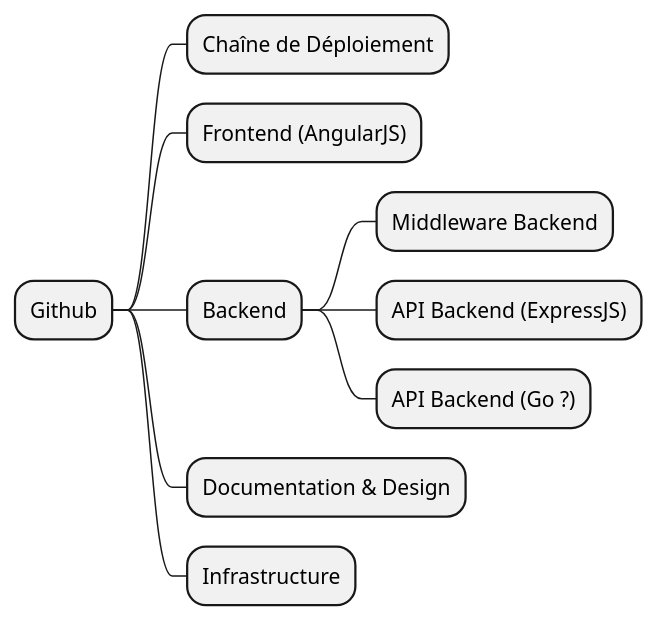
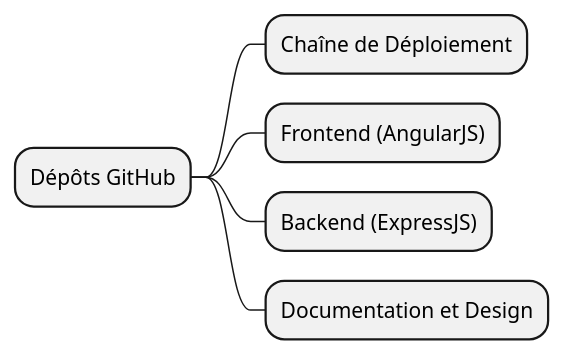
The diagram in diagrams/git_repos.puml (QuiZineDev/doc), drawn with PlantUML before and after one commit. The commit also changed 3 other files, not shown here.

Commit message:
Add Git repository diagram generated by PlantUML

```diff
--- a/diagrams/git_repos.puml
+++ b/diagrams/git_repos.puml
@@ -1,11 +1,7 @@
 @startmindmap Diagramme des dépôts Git
-* Github
+* Dépôts GitHub
 ** Chaîne de Déploiement
 ** Frontend (AngularJS)
-** Backend
-*** Middleware Backend
-*** API Backend (ExpressJS)
-*** API Backend (Go ?)
-** Documentation & Design
-** Infrastructure
+** Backend (ExpressJS)
+** Documentation et Design
 @endmindmap
```
